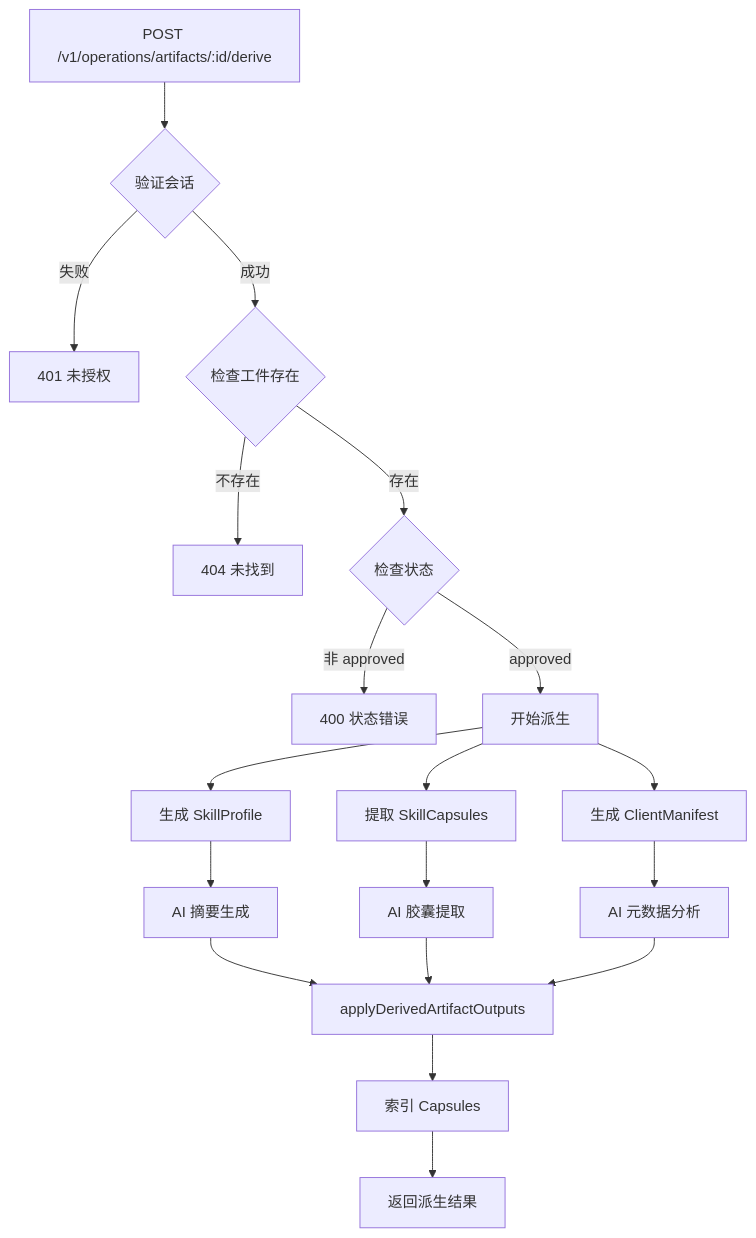
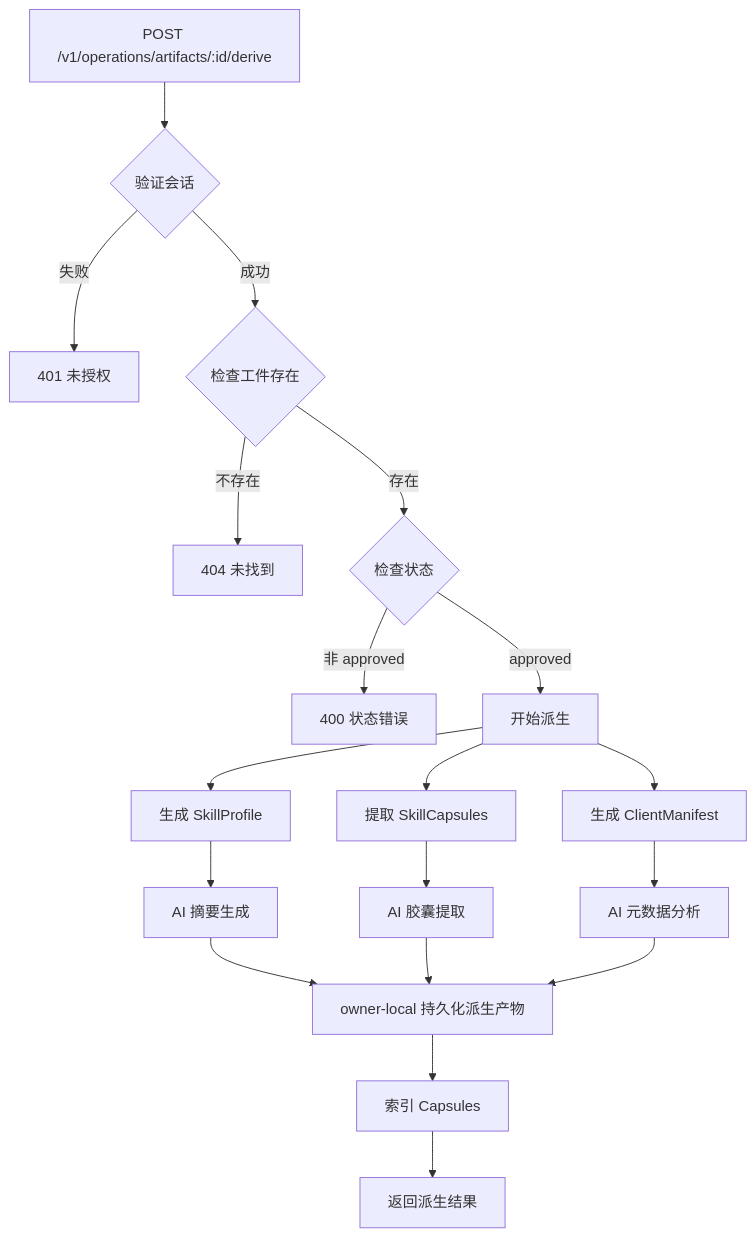
Before and after one commit to pofossette/TrapMap-for-vibing: the fifth of 7 diagrams in docs/architecture/components/ARTIFACTS.md, drawn with Mermaid. The commit also changed other lines of this file and 94 other files, not shown here.

````diff
--- a/docs/architecture/components/ARTIFACTS.md
+++ b/docs/architecture/components/ARTIFACTS.md
@@ -270,26 +270,26 @@
 ```mermaid
 flowchart TB
     A[POST /v1/operations/artifacts/:id/derive] --> B{验证会话}
     B -->|失败| C[401 未授权]
     B -->|成功| D{检查工件存在}
     D -->|不存在| E[404 未找到]
     D -->|存在| F{检查状态}
     
     F -->|非 approved| G[400 状态错误]
     F -->|approved| H[开始派生]
     
     H --> I[生成 SkillProfile]
     H --> J[提取 SkillCapsules]
     H --> K[生成 ClientManifest]
     
     I --> L[AI 摘要生成]
     J --> M[AI 胶囊提取]
     K --> N[AI 元数据分析]
     
-    L --> O[applyDerivedArtifactOutputs]
+    L --> O[owner-local 持久化派生产物]
     M --> O
     N --> O
     
     O --> P[索引 Capsules]
     P --> Q[返回派生结果]
 ```
````
